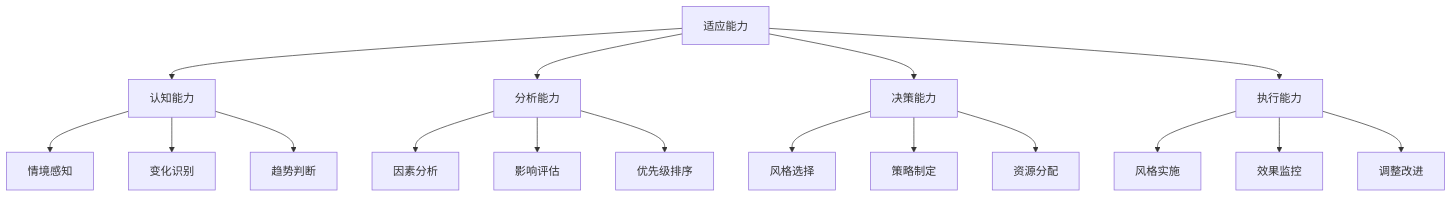
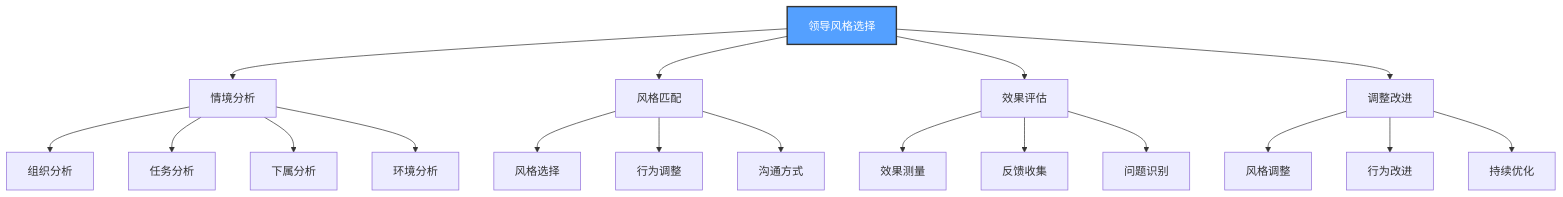
The seventh of 7 diagrams in 企业领导力/02-理论理解层/经典领导理论/03-情境理论.md (Anping2017/obsidian), drawn with Mermaid before and after one commit. The commit also changed other lines of this file and 8 other files, not shown here.

````diff
--- a/企业领导力/02-理论理解层/经典领导理论/03-情境理论.md
+++ b/企业领导力/02-理论理解层/经典领导理论/03-情境理论.md
@@ -244,23 +210,26 @@
 ```mermaid
 graph TD
-    A[适应能力] --> B[认知能力]
-    A --> C[分析能力]
-    A --> D[决策能力]
-    A --> E[执行能力]
+    A[领导风格选择] --> B[情境分析]
+    A --> C[风格匹配]
+    A --> D[效果评估]
+    A --> E[调整改进]
     
-    B --> B1[情境感知]
-    B --> B2[变化识别]
-    B --> B3[趋势判断]
+    B --> B1[组织分析]
+    B --> B2[任务分析]
+    B --> B3[下属分析]
+    B --> B4[环境分析]
     
-    C --> C1[因素分析]
-    C --> C2[影响评估]
-    C --> C3[优先级排序]
+    C --> C1[风格选择]
+    C --> C2[行为调整]
+    C --> C3[沟通方式]
     
-    D --> D1[风格选择]
-    D --> D2[策略制定]
-    D --> D3[资源分配]
+    D --> D1[效果测量]
+    D --> D2[反馈收集]
+    D --> D3[问题识别]
     
-    E --> E1[风格实施]
-    E --> E2[效果监控]
-    E --> E3[调整改进]
+    E --> E1[风格调整]
+    E --> E2[行为改进]
+    E --> E3[持续优化]
+    
+    style A fill:#54a0ff,stroke:#333,stroke-width:2px,color:#fff
 ```
````
